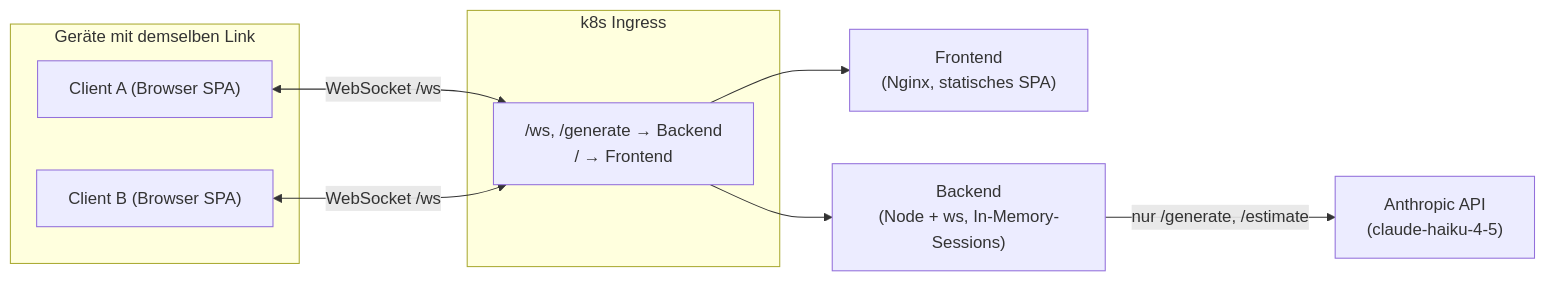
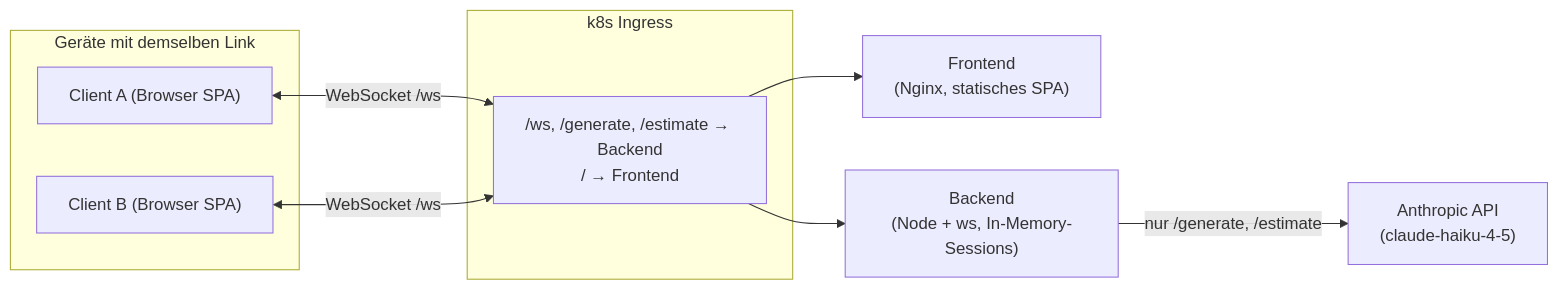
The first of 3 diagrams in ONBOARDING.md (gerrited/WODch), drawn with Mermaid before and after one commit. The commit also changed other lines of this file, not shown here.

Commit message:
fix(onboarding): update Ingress paths to include /estimate and address security concerns

````diff
--- a/ONBOARDING.md
+++ b/ONBOARDING.md
@@ -79,21 +79,21 @@
 ```mermaid
 flowchart LR
   subgraph Clients["Geräte mit demselben Link"]
     C1["Client A (Browser SPA)"]
     C2["Client B (Browser SPA)"]
   end
 
   subgraph Ingress["k8s Ingress"]
-    ING["/ws, /generate → Backend<br>/ → Frontend"]
+    ING["/ws, /generate, /estimate → Backend<br>/ → Frontend"]
   end
 
   FE["Frontend<br>(Nginx, statisches SPA)"]
   BE["Backend<br>(Node + ws, In-Memory-Sessions)"]
   ANTH["Anthropic API<br>(claude-haiku-4-5)"]
 
   C1 <-->|WebSocket /ws| ING
   C2 <-->|WebSocket /ws| ING
   ING --> FE
   ING --> BE
   BE -->|nur /generate, /estimate| ANTH
 ```
````
